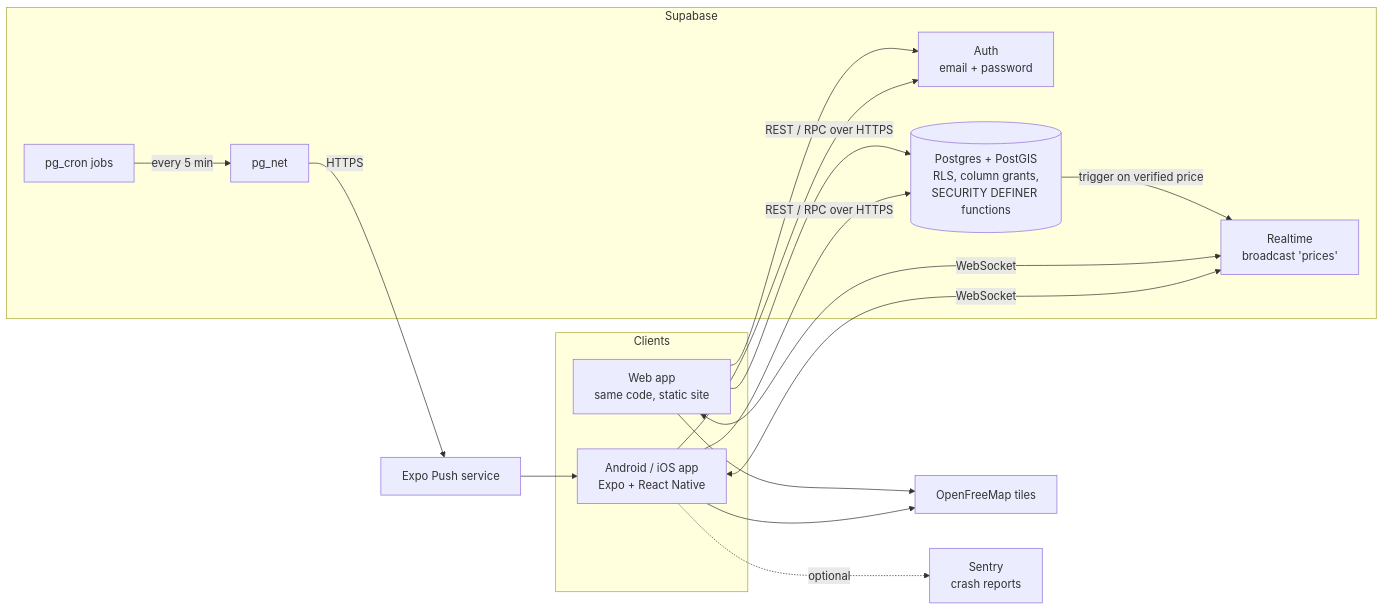
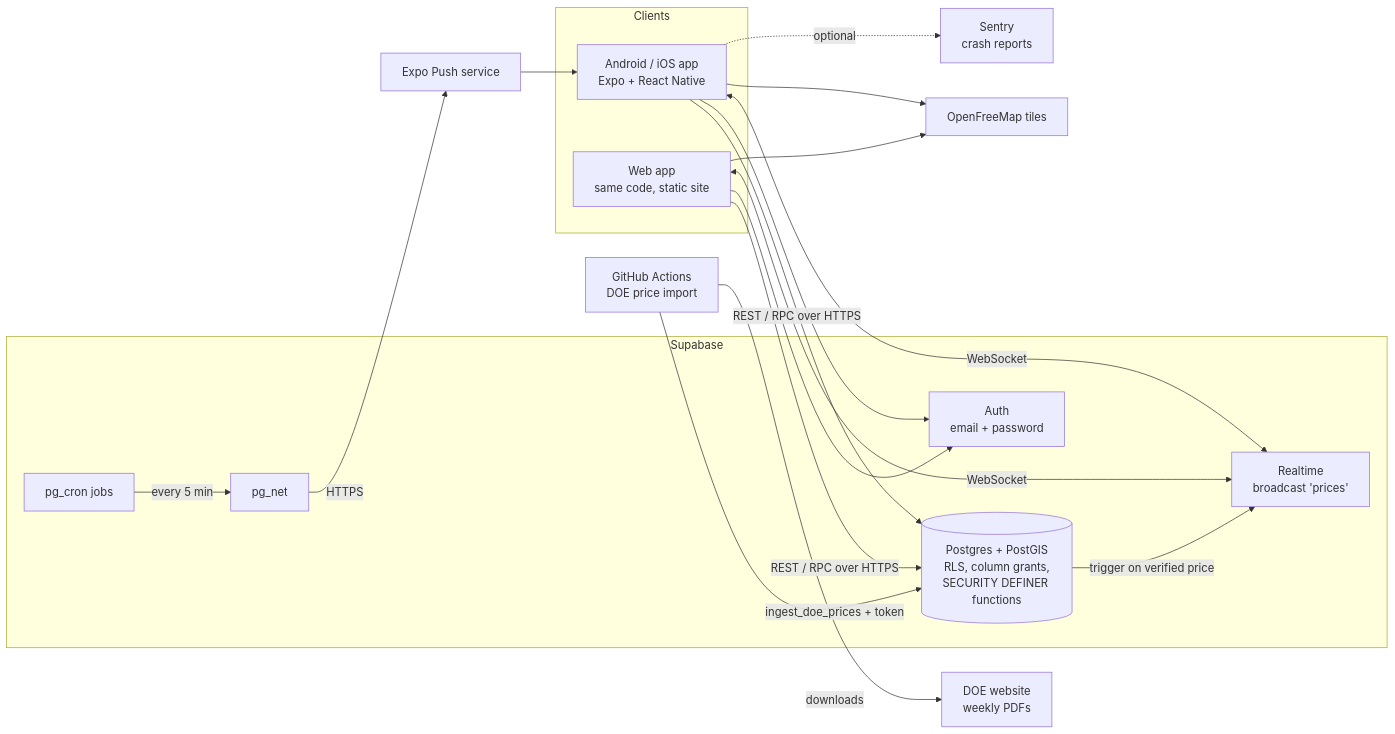
One commit to Vince-gapasin/FuelWards changed the first of 2 diagrams in docs/architecture.md. Above: the diagram before and after it, drawn with Mermaid. The commit also changed other lines of this file and 23 other files, not shown here.

First line of the commit message:
Import the DOE's weekly pump prices for Metro Manila to Bicol

````diff
--- a/docs/architecture.md
+++ b/docs/architecture.md
@@ -7,25 +7,29 @@
 ```mermaid
 flowchart LR
   subgraph Clients
     A[Android / iOS app<br/>Expo + React Native]
     W[Web app<br/>same code, static site]
   end
   subgraph Supabase
     Auth[Auth<br/>email + password]
     DB[(Postgres + PostGIS<br/>RLS, column grants,<br/>SECURITY DEFINER functions)]
     RT[Realtime<br/>broadcast 'prices']
     Cron[pg_cron jobs]
     Net[pg_net]
   end
   Push[Expo Push service]
+  GHA[GitHub Actions<br/>DOE price import]
+  DOE[DOE website<br/>weekly PDFs]
   Tiles[OpenFreeMap tiles]
   Sentry[Sentry<br/>crash reports]
 
   A & W -->|REST / RPC over HTTPS| DB
   A & W --> Auth
   A & W <-->|WebSocket| RT
   A & W --> Tiles
   A -. optional .-> Sentry
   DB -->|trigger on verified price| RT
   Cron -->|every 5 min| Net -->|HTTPS| Push --> A
+  GHA -->|downloads| DOE
+  GHA -->|ingest_doe_prices + token| DB
 ```
````
